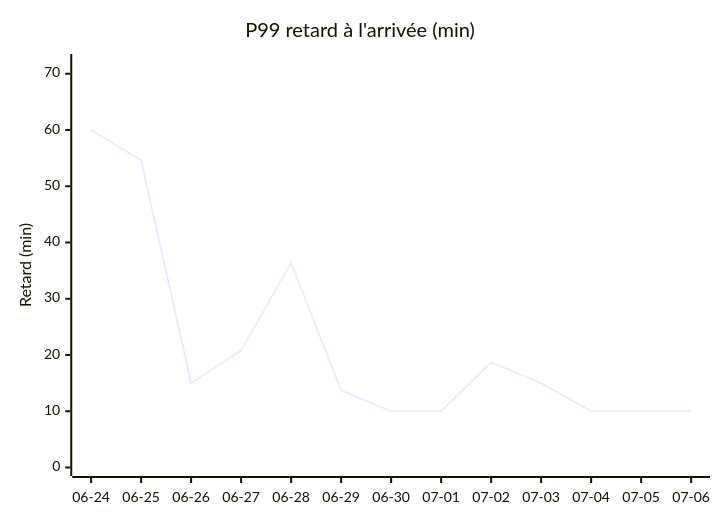
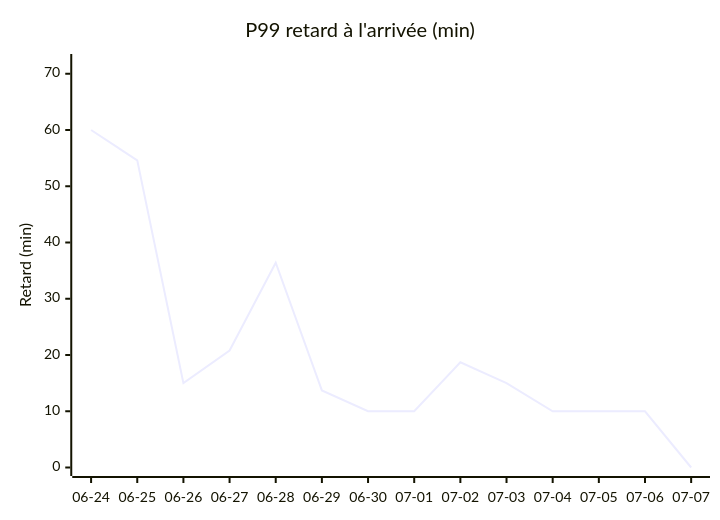
One commit to antoinerep/horaire-ter changed the second of 4 diagrams in STATS.md. Above: the diagram before and after it, drawn with Mermaid. The commit also changed other lines of this file and 1 other file, not shown here.

````diff
--- a/STATS.md
+++ b/STATS.md
@@ -39,7 +39,7 @@
 ```mermaid
 xychart-beta
     title "P99 retard à l'arrivée (min)"
-    x-axis ["06-24", "06-25", "06-26", "06-27", "06-28", "06-29", "06-30", "07-01", "07-02", "07-03", "07-04", "07-05", "07-06"]
+    x-axis ["06-24", "06-25", "06-26", "06-27", "06-28", "06-29", "06-30", "07-01", "07-02", "07-03", "07-04", "07-05", "07-06", "07-07"]
     y-axis "Retard (min)" 0 --> 72
-    line [60.0, 54.6, 15.0, 20.8, 36.4, 13.7, 10.0, 10.0, 18.7, 15.0, 10.0, 10.0, 10.0]
+    line [60.0, 54.6, 15.0, 20.8, 36.4, 13.7, 10.0, 10.0, 18.7, 15.0, 10.0, 10.0, 10.0, 0.0]
 ```
````
